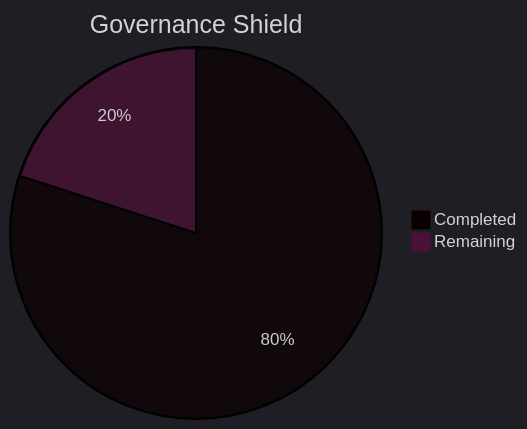
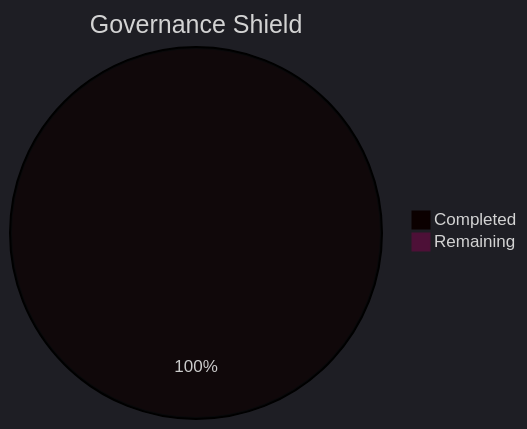
Before and after one commit to Neogleamz/SK8Lytz: the fourth of 6 diagrams in tools/SK8Lytz_Bucket_List.md, drawn with Mermaid. The commit also changed other lines of this file, not shown here.

Commit message:
fix(docs): synchronize pie charts with actual task distribution and historical offset

````diff
--- a/tools/SK8Lytz_Bucket_List.md
+++ b/tools/SK8Lytz_Bucket_List.md
@@ -66,6 +66,6 @@
 ```mermaid
 %%{init: {'theme': 'dark'}}%%
 pie title Governance Shield
   "Completed" : 4
-  "Remaining" : 1
+  "Remaining" : 0
 ```
````
